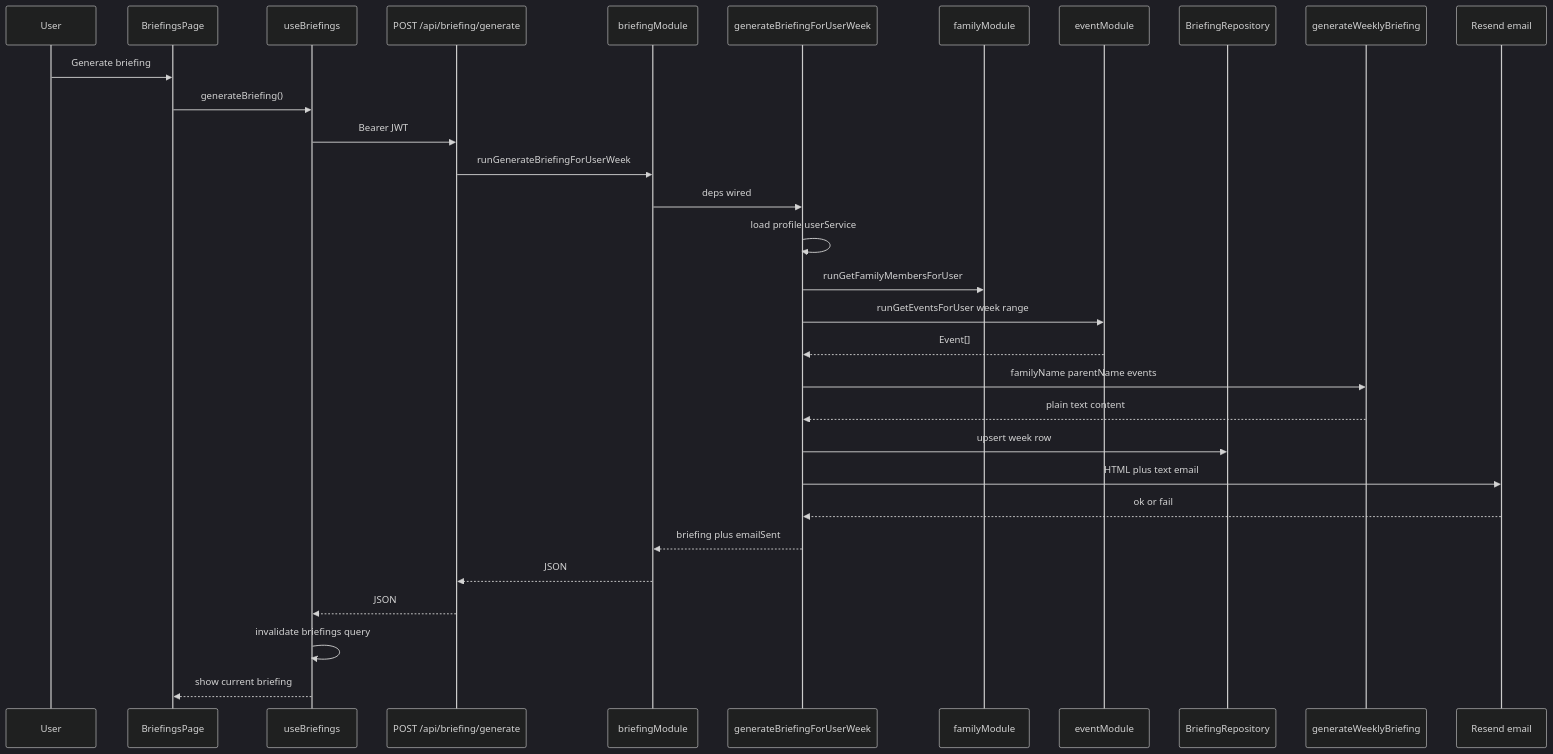
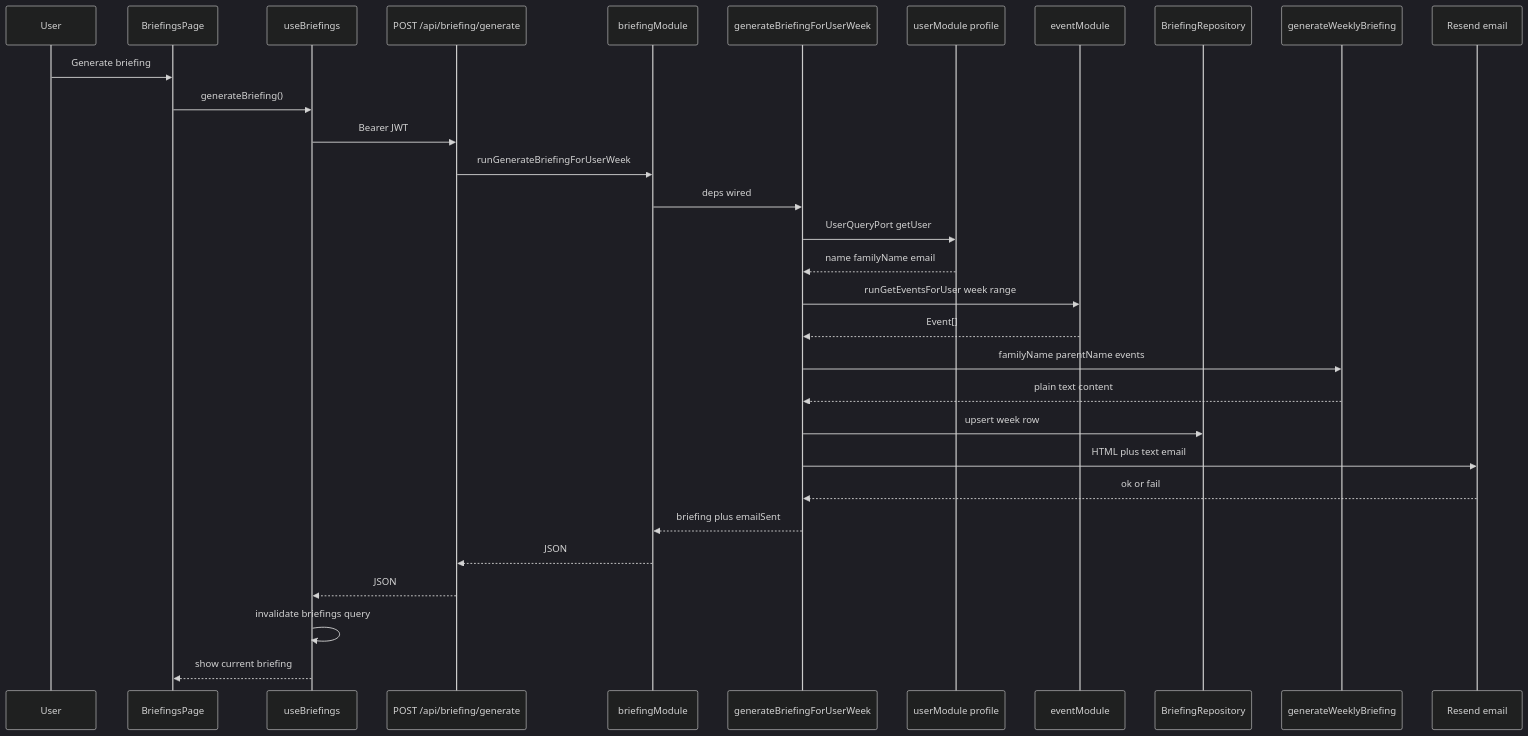
Before and after one commit to LukeAveil/familyBrief: the second of 2 diagrams in README.md, drawn with Mermaid (dark theme). The commit also changed other lines of this file, not shown here.

````diff
--- a/README.md
+++ b/README.md
@@ -158,34 +182,34 @@
 ```mermaid
 sequenceDiagram
   participant User
   participant Page as BriefingsPage
   participant Hook as useBriefings
   participant API as POST /api/briefing/generate
   participant Mod as briefingModule
   participant UC as generateBriefingForUserWeek
-  participant Fam as familyModule
+  participant UserMod as userModule profile
   participant Ev as eventModule
   participant Repo as BriefingRepository
   participant AI as generateWeeklyBriefing
   participant Mail as Resend email
 
   User->>Page: Generate briefing
   Page->>Hook: generateBriefing()
   Hook->>API: Bearer JWT
   API->>Mod: runGenerateBriefingForUserWeek
   Mod->>UC: deps wired
-  UC->>UC: load profile userService
-  UC->>Fam: runGetFamilyMembersForUser
+  UC->>UserMod: UserQueryPort getUser
+  UserMod-->>UC: name familyName email
   UC->>Ev: runGetEventsForUser week range
   Ev-->>UC: Event[]
   UC->>AI: familyName parentName events
   AI-->>UC: plain text content
   UC->>Repo: upsert week row
   UC->>Mail: HTML plus text email
   Mail-->>UC: ok or fail
   UC-->>Mod: briefing plus emailSent
   Mod-->>API: JSON
   API-->>Hook: JSON
   Hook->>Hook: invalidate briefings query
   Hook-->>Page: show current briefing
 ```
````
